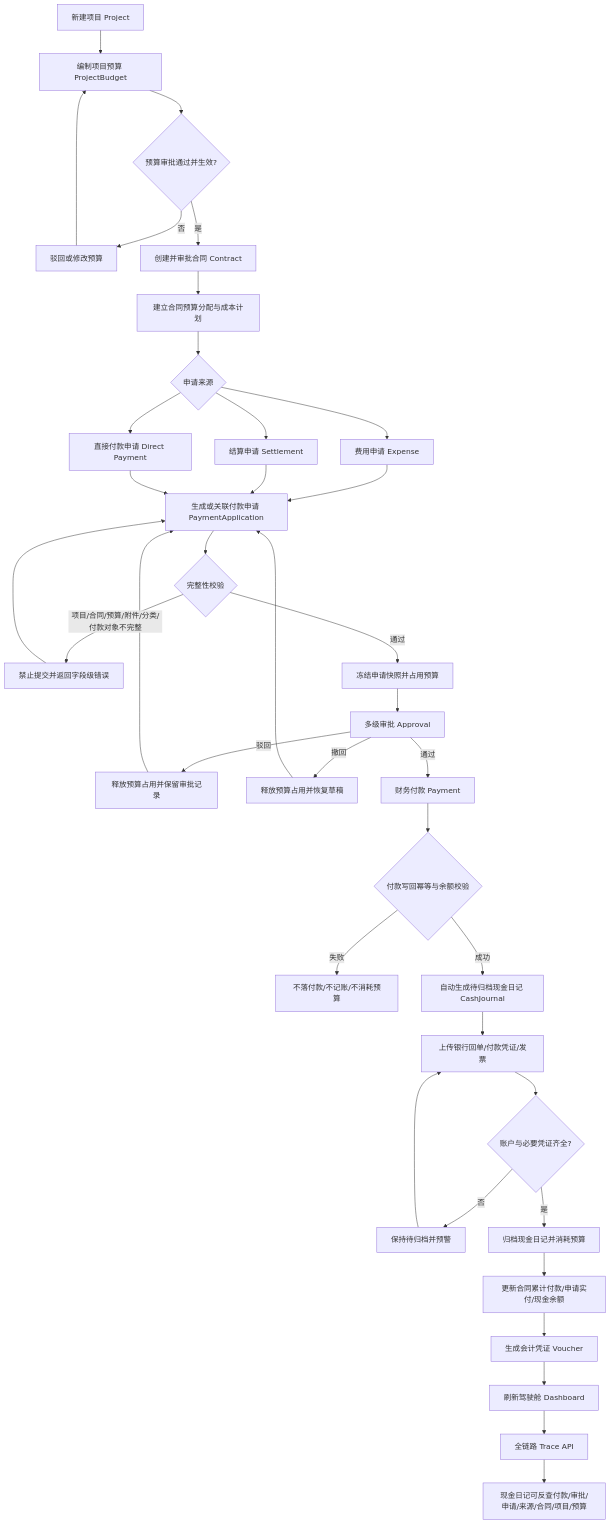
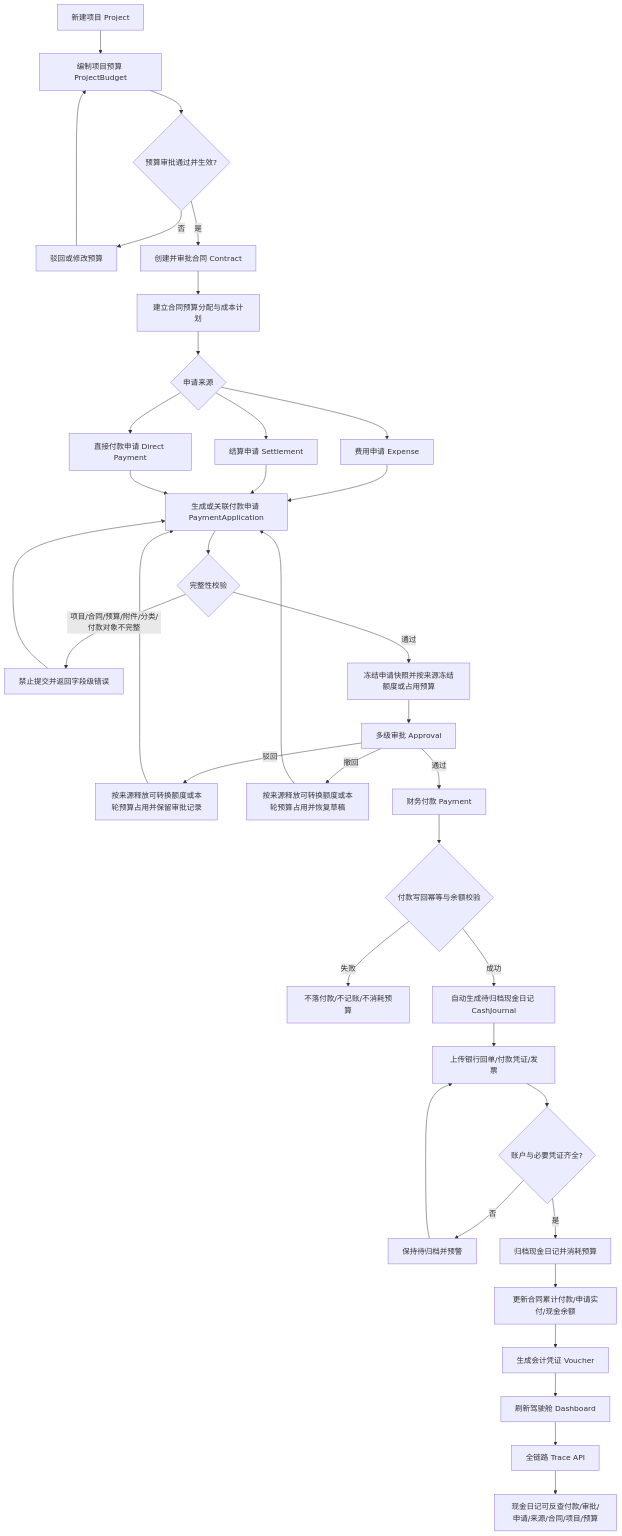
The first of 3 diagrams in docs/business/project-payment-closed-loop.md (kismet84/cgc-pms), drawn with Mermaid before and after one commit. The commit also changed other lines of this file and 92 other files, not shown here.

```diff
--- a/docs/business/project-payment-closed-loop.md
+++ b/docs/business/project-payment-closed-loop.md
@@ -179,39 +251,39 @@
 ~~~mermaid
 flowchart TD
     A[新建项目 Project] --> B[编制项目预算 ProjectBudget]
     B --> B1{预算审批通过并生效?}
     B1 -- 否 --> B2[驳回或修改预算]
     B2 --> B
     B1 -- 是 --> C[创建并审批合同 Contract]
     C --> D[建立合同预算分配与成本计划]
     D --> E{申请来源}
     E --> E1[费用申请 Expense]
     E --> E2[结算申请 Settlement]
     E --> E3[直接付款申请 Direct Payment]
     E1 --> F[生成或关联付款申请 PaymentApplication]
     E2 --> F
     E3 --> F
     F --> G{完整性校验}
     G -- 项目/合同/预算/附件/分类/付款对象不完整 --> G1[禁止提交并返回字段级错误]
     G1 --> F
-    G -- 通过 --> H[冻结申请快照并占用预算]
+    G -- 通过 --> H[冻结申请快照并按来源冻结额度或占用预算]
     H --> I[多级审批 Approval]
-    I -- 驳回 --> I1[释放预算占用并保留审批记录]
+    I -- 驳回 --> I1[按来源释放可转换额度或本轮预算占用并保留审批记录]
     I1 --> F
-    I -- 撤回 --> I2[释放预算占用并恢复草稿]
+    I -- 撤回 --> I2[按来源释放可转换额度或本轮预算占用并恢复草稿]
     I2 --> F
     I -- 通过 --> J[财务付款 Payment]
     J --> J1{付款写回幂等与余额校验}
     J1 -- 失败 --> J2[不落付款/不记账/不消耗预算]
     J1 -- 成功 --> K[自动生成待归档现金日记 CashJournal]
     K --> L[上传银行回单/付款凭证/发票]
     L --> M{账户与必要凭证齐全?}
     M -- 否 --> M1[保持待归档并预警]
     M1 --> L
     M -- 是 --> N[归档现金日记并消耗预算]
     N --> O[更新合同累计付款/申请实付/现金余额]
     O --> P[生成会计凭证 Voucher]
     P --> Q[刷新驾驶舱 Dashboard]
     Q --> R[全链路 Trace API]
     R --> S[现金日记可反查付款/审批/申请/来源/合同/项目/预算]
 ~~~
```
